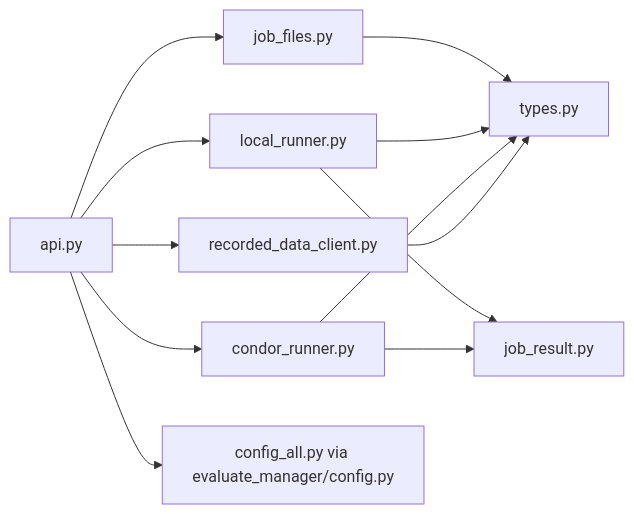
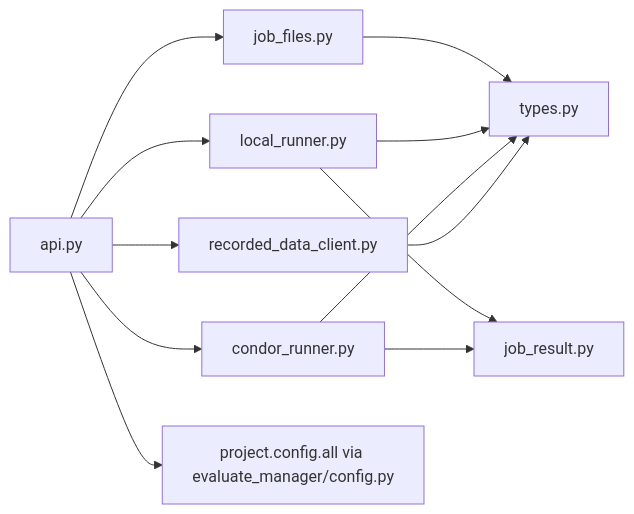
Before and after one commit to YS-Pan/yadof: the second of 5 diagrams in dev_doc/architecture/c4_component.md, drawn with Mermaid. The commit also changed other lines of this file and 58 other files, not shown here.

````diff
--- a/dev_doc/architecture/c4_component.md
+++ b/dev_doc/architecture/c4_component.md
@@ -25,14 +25,14 @@
 ```mermaid
 flowchart LR
     EvalAPI["api.py"] --> JobFiles["job_files.py"]
     EvalAPI --> LocalRunner["local_runner.py"]
     EvalAPI --> CondorRunner["condor_runner.py"]
     EvalAPI --> RDClient["recorded_data_client.py"]
     LocalRunner --> JobResult["job_result.py"]
     CondorRunner --> JobResult
     JobFiles --> Types["types.py"]
     LocalRunner --> Types
     CondorRunner --> Types
     RDClient --> Types
-    EvalAPI --> EvalConfig["config_all.py via evaluate_manager/config.py"]
+    EvalAPI --> EvalConfig["project.config.all via evaluate_manager/config.py"]
 ```
````
